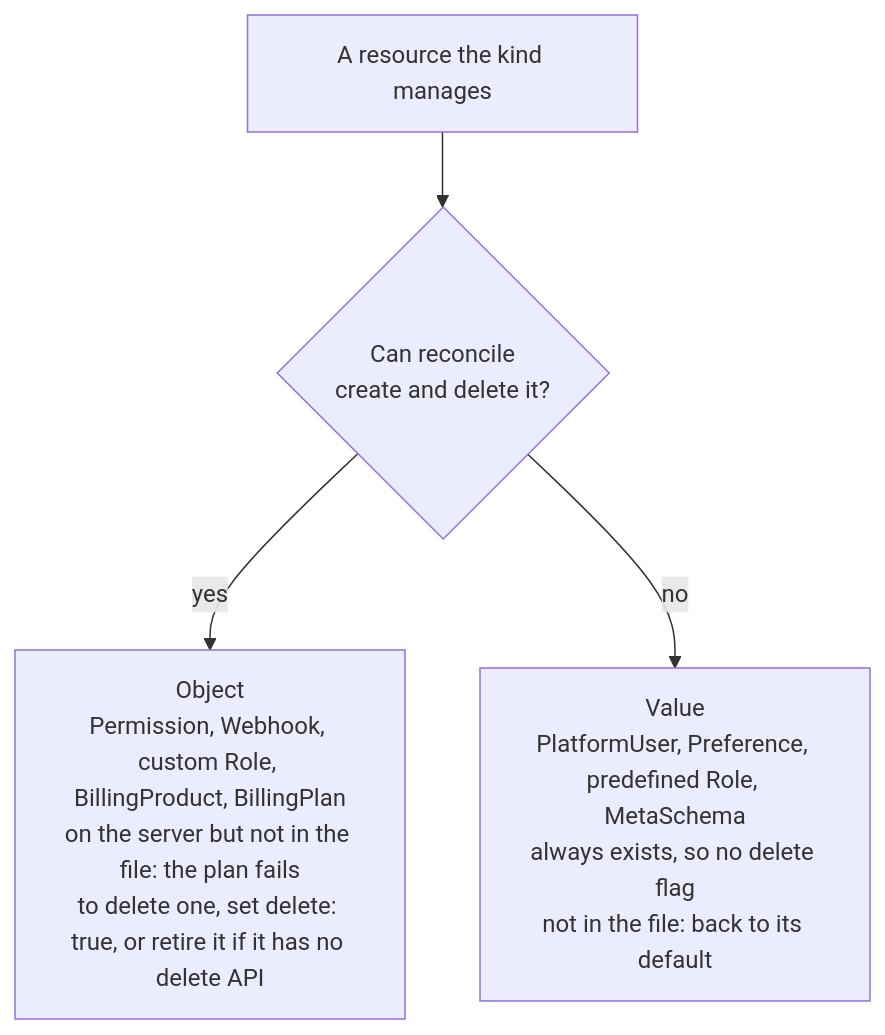
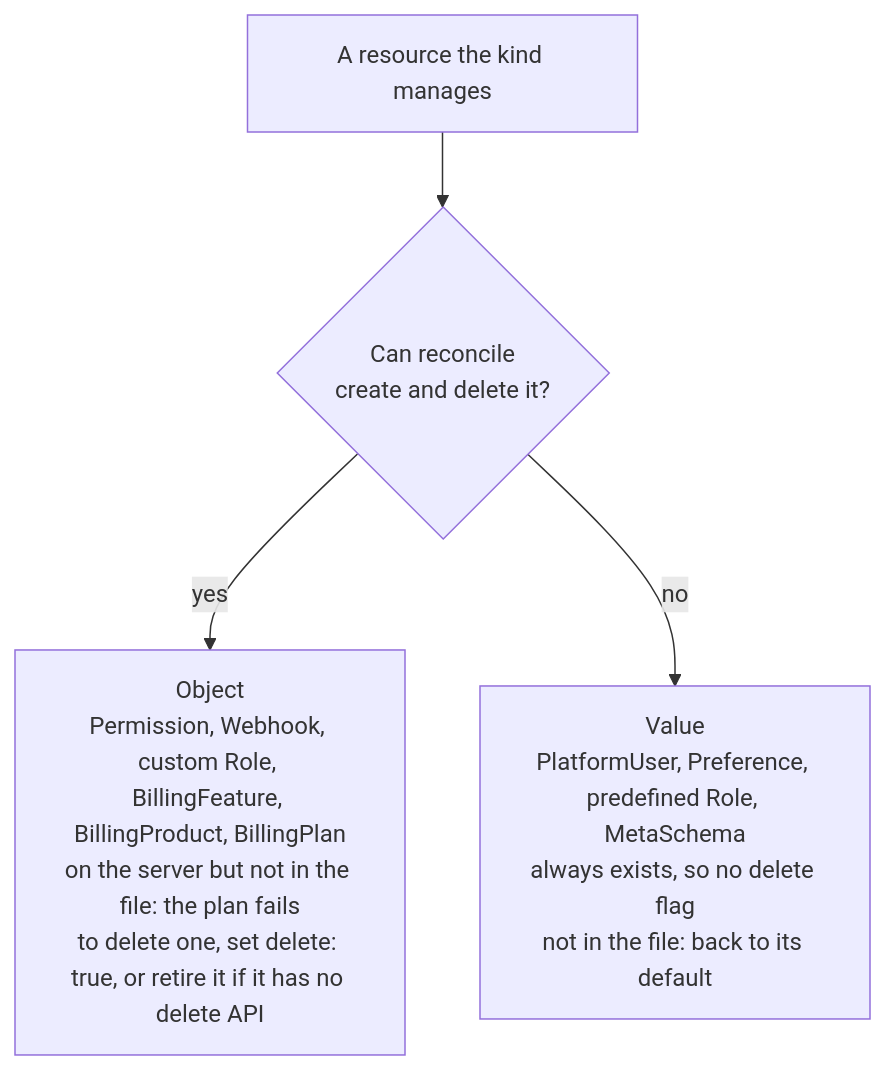
Before and after one commit to raystack/frontier: the second of 3 diagrams in docs/rfcs/0001-declarative-reconcile.md, drawn with Mermaid. The commit also changed other lines of this file and 2 other files, not shown here.

Commit message:
docs(reconcile): document BillingFeature kind

````diff
--- a/docs/rfcs/0001-declarative-reconcile.md
+++ b/docs/rfcs/0001-declarative-reconcile.md
@@ -41,6 +41,6 @@
 ```mermaid
 flowchart TD
     r["A resource the kind manages"] --> q{"Can reconcile<br/>create and delete it?"}
-    q -->|"yes"| o["Object<br/>Permission, Webhook, custom Role, BillingProduct, BillingPlan<br/>on the server but not in the file: the plan fails<br/>to delete one, set delete: true, or retire it if it has no delete API"]
+    q -->|"yes"| o["Object<br/>Permission, Webhook, custom Role, BillingFeature, BillingProduct, BillingPlan<br/>on the server but not in the file: the plan fails<br/>to delete one, set delete: true, or retire it if it has no delete API"]
     q -->|"no"| v["Value<br/>PlatformUser, Preference, predefined Role, MetaSchema<br/>always exists, so no delete flag<br/>not in the file: back to its default"]
 ```
````
